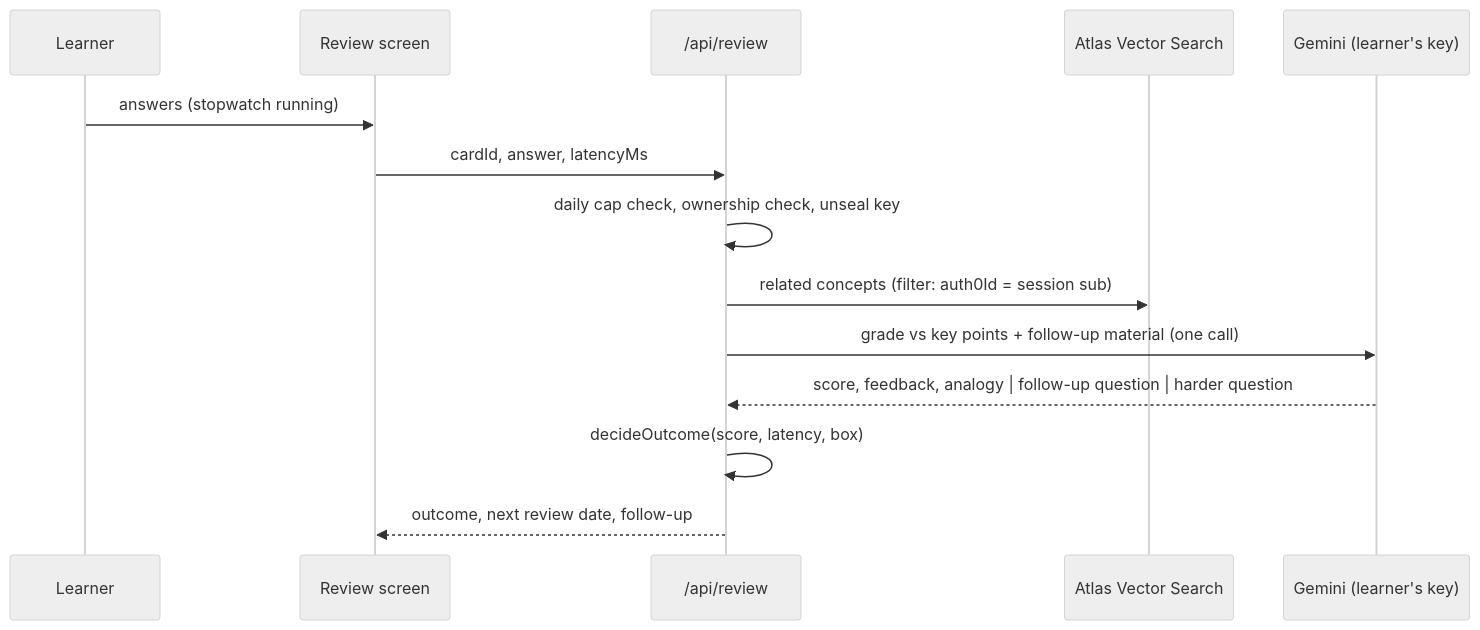
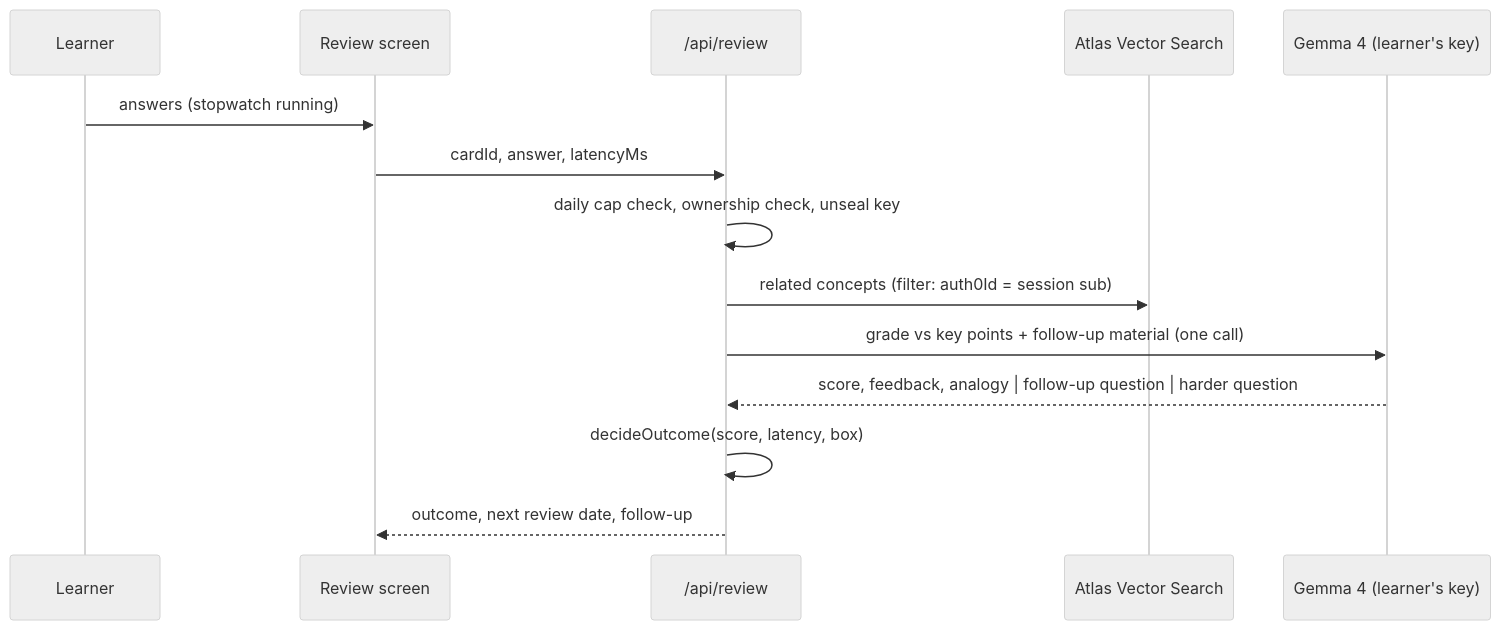
One commit to realarbird/Deep-Retrain changed the second of 2 diagrams in README.md. Above: the diagram before and after it, drawn with Mermaid (neutral theme). The commit also changed other lines of this file and 18 other files, not shown here.

First line of the commit message:
Grade with open Gemma 4, add the AP Exam to the cram chart, fix Render login

````diff
--- a/README.md
+++ b/README.md
@@ -83,16 +93,16 @@
 ```mermaid
 sequenceDiagram
   participant U as Learner
   participant A as Review screen
   participant S as /api/review
   participant V as Atlas Vector Search
-  participant G as Gemini (learner's key)
+  participant G as Gemma 4 (learner's key)
   U->>A: answers (stopwatch running)
   A->>S: cardId, answer, latencyMs
   S->>S: daily cap check, ownership check, unseal key
   S->>V: related concepts (filter: auth0Id = session sub)
   S->>G: grade vs key points + follow-up material (one call)
   G-->>S: score, feedback, analogy | follow-up question | harder question
   S->>S: decideOutcome(score, latency, box)
   S-->>A: outcome, next review date, follow-up
 ```
````
